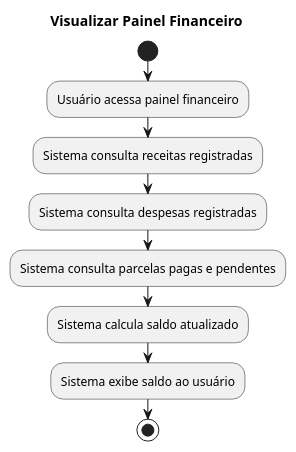
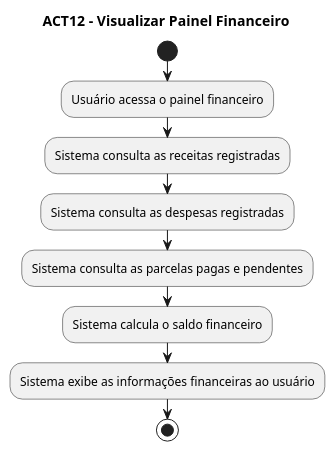
Before and after one commit to Nathan-Edu/Financa-Facil: the diagram in docs/modelagem/atividades/visualizar-painel.puml, drawn with PlantUML.

Commit message:
Update title and improve activity descriptions

```diff
--- a/docs/modelagem/atividades/visualizar-painel.puml
+++ b/docs/modelagem/atividades/visualizar-painel.puml
@@ -1,14 +1,16 @@
 @startuml
-title Visualizar Painel Financeiro
+
+title ACT12 - Visualizar Painel Financeiro
 
 start
 
-:Usuário acessa painel financeiro;
-:Sistema consulta receitas registradas;
-:Sistema consulta despesas registradas;
-:Sistema consulta parcelas pagas e pendentes;
-:Sistema calcula saldo atualizado;
-:Sistema exibe saldo ao usuário;
+:Usuário acessa o painel financeiro;
+:Sistema consulta as receitas registradas;
+:Sistema consulta as despesas registradas;
+:Sistema consulta as parcelas pagas e pendentes;
+:Sistema calcula o saldo financeiro;
+:Sistema exibe as informações financeiras ao usuário;
 
 stop
+
 @enduml
```
